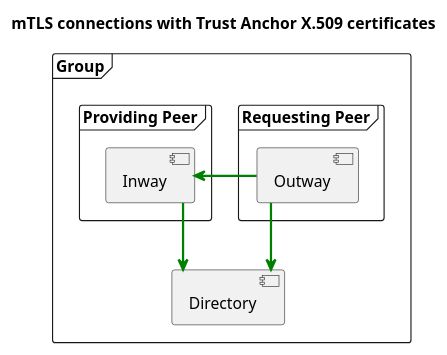
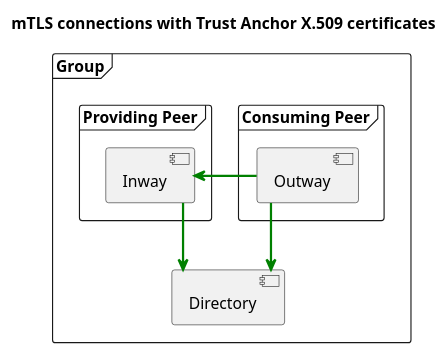
The diagram in diagrams/seq-mtls-connections.puml (Logius-standaarden/fsc-core), drawn with PlantUML before and after one commit. The commit also changed 7 other files, not shown here.

```diff
--- a/diagrams/seq-mtls-connections.puml
+++ b/diagrams/seq-mtls-connections.puml
@@ -1,20 +1,20 @@
 @startuml
 title mTLS connections with Trust Anchor X.509 certificates
 
 frame "Group" {
-  frame "Requesting Peer" {
+  frame "Consuming Peer" {
     [Outway]
   }
   frame "Providing Peer" {
      [Inway]
   }
   [Directory]
 }
 [Outway] -[bold,#green]r-> [Inway]
 [Outway] -[bold,#green]d-> [Directory]
 [Inway] -[bold,#green]d-> [Directory]
 
 skinparam boxPadding 50
 skinparam linetype polyline
 skinparam linetype ortho
 @enduml
```
